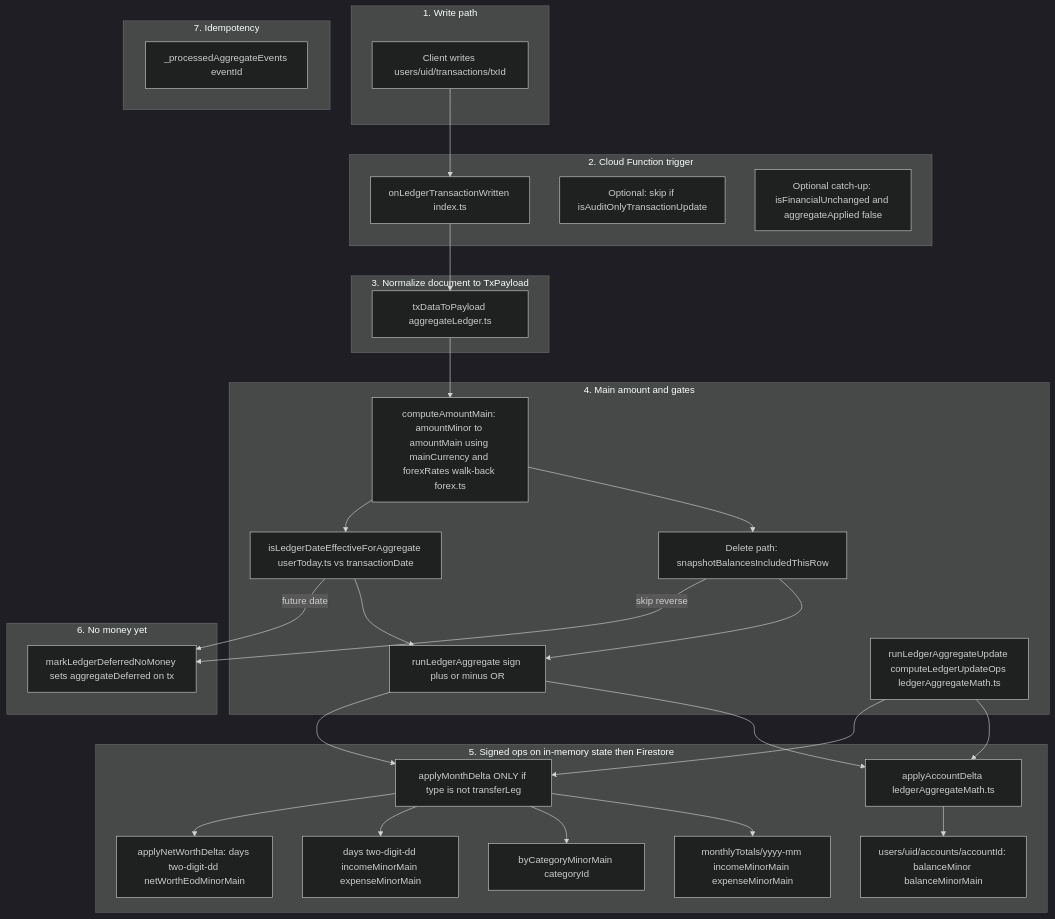
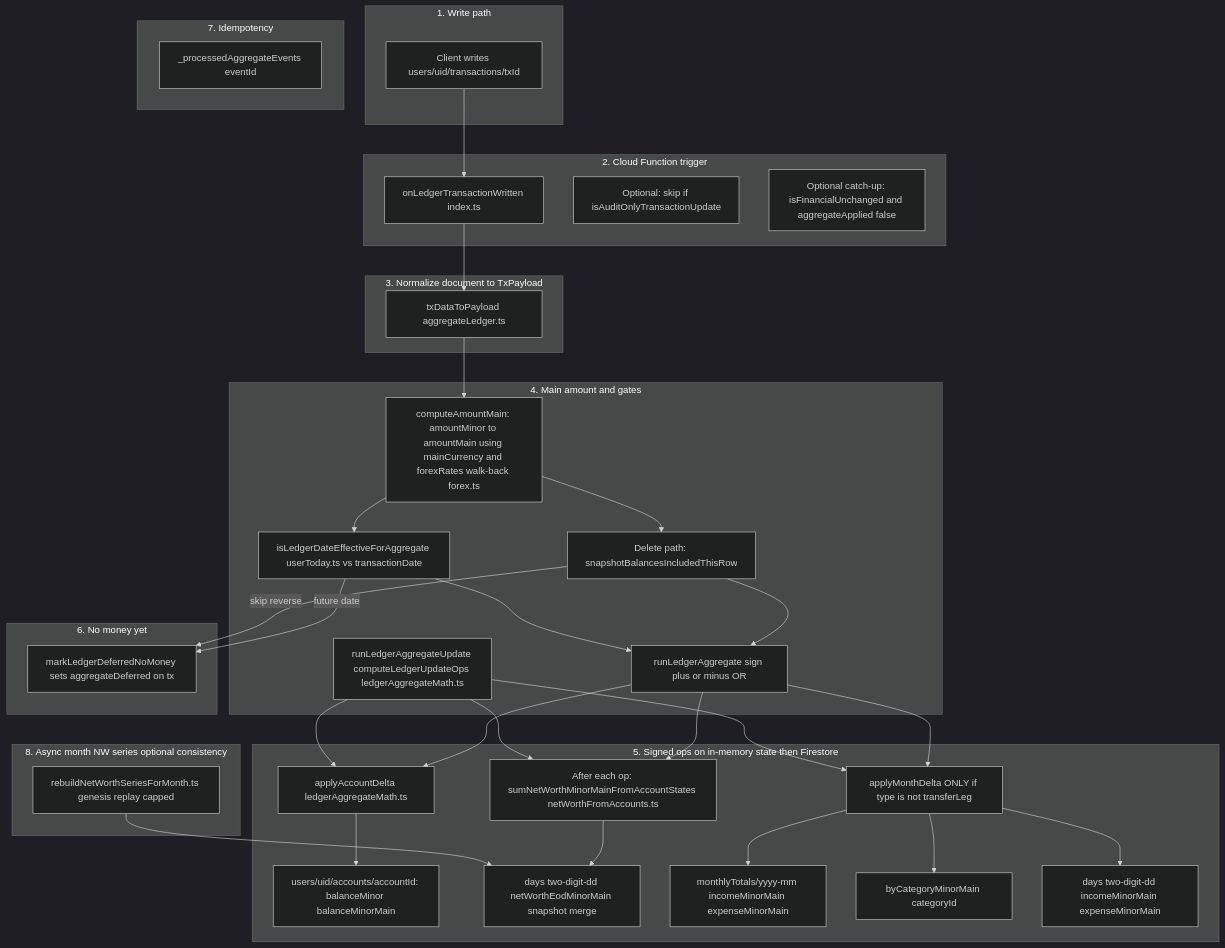
Before and after one commit to gerardomanllo/finko: the first of 2 diagrams in docs/ledger-aggregations-and-ui-flow.md, drawn with Mermaid (dark theme). The commit also changed other lines of this file and 13 other files, not shown here.

````diff
--- a/docs/ledger-aggregations-and-ui-flow.md
+++ b/docs/ledger-aggregations-and-ui-flow.md
@@ -19,56 +19,64 @@
 ```mermaid
 flowchart TB
   subgraph writePath["1. Write path"]
     TW["Client writes users/uid/transactions/txId"]
   end
 
   subgraph cfEntry["2. Cloud Function trigger"]
     TRG["onLedgerTransactionWritten index.ts"]
     AUD["Optional: skip if isAuditOnlyTransactionUpdate"]
     FIN["Optional catch-up: isFinancialUnchanged and aggregateApplied false"]
   end
 
   subgraph normalize["3. Normalize document to TxPayload"]
     TP["txDataToPayload aggregateLedger.ts"]
   end
 
   subgraph fxGate["4. Main amount and gates"]
     CM["computeAmountMain: amountMinor to amountMain using mainCurrency and forexRates walk-back forex.ts"]
     SB["Delete path: snapshotBalancesIncludedThisRow"]
     EFF["isLedgerDateEffectiveForAggregate userToday.ts vs transactionDate"]
     RLA["runLedgerAggregate sign plus or minus OR"]
     RLU["runLedgerAggregateUpdate computeLedgerUpdateOps ledgerAggregateMath.ts"]
   end
 
   subgraph deltas["5. Signed ops on in-memory state then Firestore"]
     AD["applyAccountDelta ledgerAggregateMath.ts"]
     AD --> ACC["users/uid/accounts/accountId: balanceMinor balanceMinorMain"]
+    SN["After each op: sumNetWorthMinorMainFromAccountStates netWorthFromAccounts.ts"]
+    SN --> NWD["days two-digit-dd netWorthEodMinorMain snapshot merge"]
     AM["applyMonthDelta ONLY if type is not transferLeg"]
     AM --> MT1["monthlyTotals/yyyy-mm incomeMinorMain expenseMinorMain"]
     AM --> MT2["byCategoryMinorMain categoryId"]
     AM --> MT3["days two-digit-dd incomeMinorMain expenseMinorMain"]
-    AM --> NW["applyNetWorthDelta: days two-digit-dd netWorthEodMinorMain"]
+  end
+
+  subgraph rebuild["8. Async month NW series optional consistency"]
+    RB["rebuildNetWorthSeriesForMonth.ts genesis replay capped"]
+    RB --> NWD
   end
 
   subgraph defer["6. No money yet"]
     DEF["markLedgerDeferredNoMoney sets aggregateDeferred on tx"]
   end
 
   subgraph idem["7. Idempotency"]
     ID["_processedAggregateEvents eventId"]
   end
 
   TW --> TRG
   TRG --> TP
   TP --> CM
   CM --> SB
   CM --> EFF
   SB --> RLA
   EFF --> RLA
   RLA --> AD
+  RLA --> SN
   RLA --> AM
   RLU --> AD
+  RLU --> SN
   RLU --> AM
   EFF -->|future date| DEF
   SB -->|skip reverse| DEF
 ```
````
